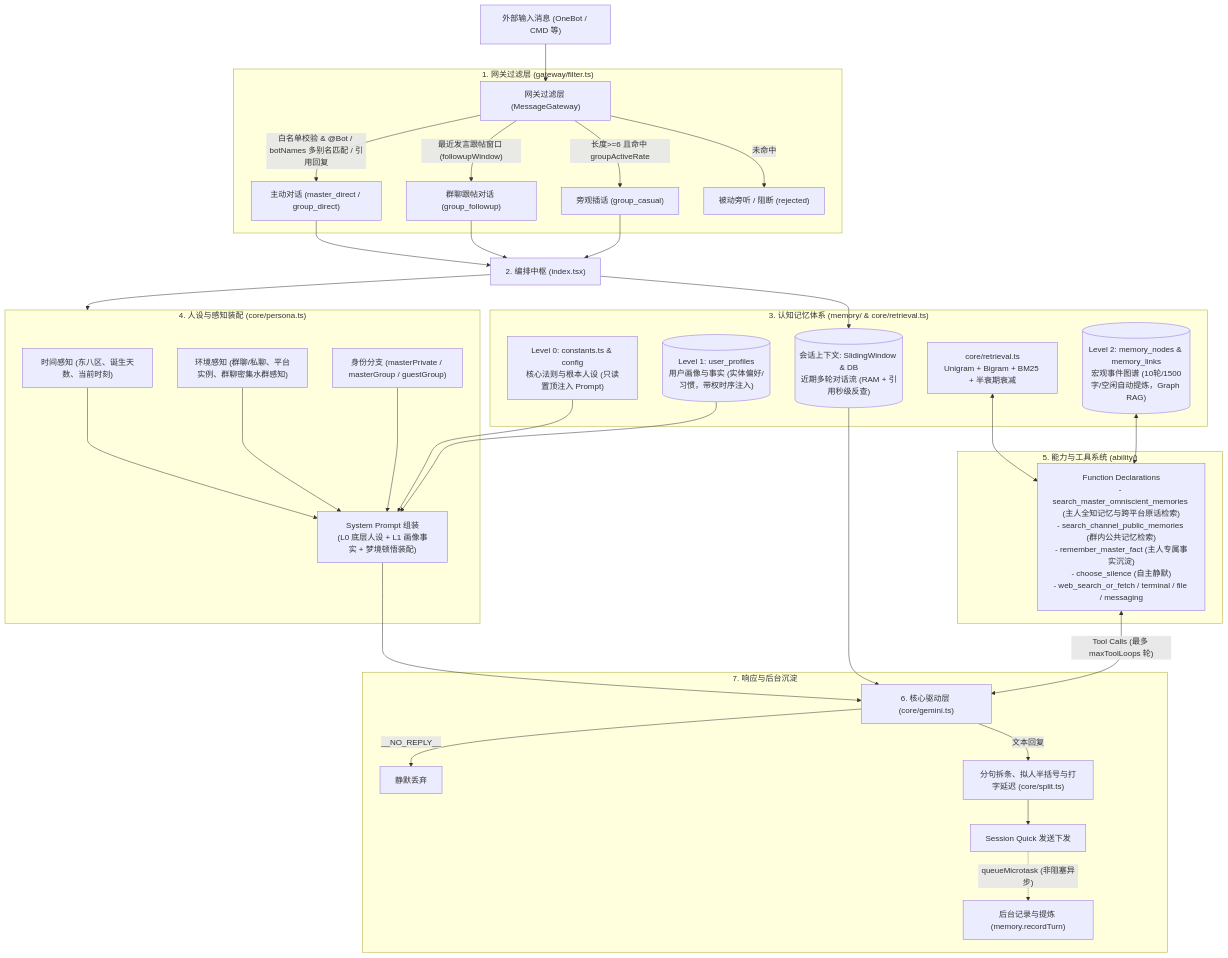
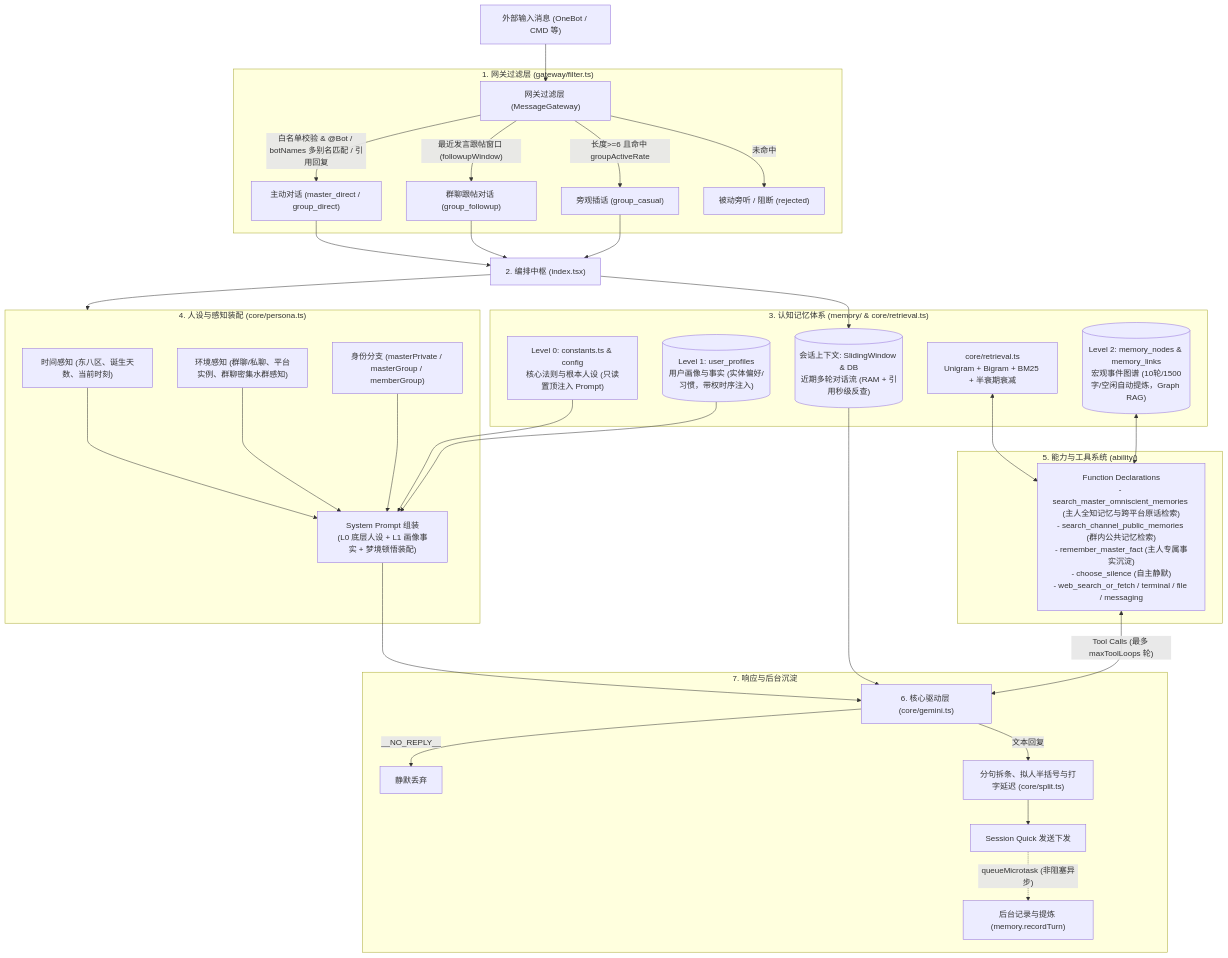
Before and after one commit to biyuehu/animaone: the diagram in modules/chat-ai/README.md, drawn with Mermaid. The commit also changed other lines of this file and 2 other files, not shown here.

Commit message:
docs: update TODOs and replace guestGroup with memberGroup in docs

````diff
--- a/modules/chat-ai/README.md
+++ b/modules/chat-ai/README.md
@@ -9,56 +9,56 @@
 ```mermaid
 flowchart TD
     Msg["外部输入消息 (OneBot / CMD 等)"] --> GW["网关过滤层 (MessageGateway)"]
 
     subgraph Gateway["1. 网关过滤层 (gateway/filter.ts)"]
         GW -->|"白名单校验 & @Bot / botNames 多别名匹配 / 引用回复"| Direct["主动对话 (master_direct / group_direct)"]
         GW -->|"最近发言跟帖窗口 (followupWindow)"| Followup["群聊跟帖对话 (group_followup)"]
         GW -->|"长度>=6 且命中 groupActiveRate"| Casual["旁观插话 (group_casual)"]
         GW -->|"未命中"| Reject["被动旁听 / 阻断 (rejected)"]
     end
 
     Direct --> Core["2. 编排中枢 (index.tsx)"]
     Followup --> Core
     Casual --> Core
 
     subgraph MemoryLayer["3. 认知记忆体系 (memory/ & core/retrieval.ts)"]
         L0["Level 0: constants.ts & config<br/>核心法则与根本人设 (只读置顶注入 Prompt)"]
         L1[("Level 1: user_profiles<br/>用户画像与事实 (实体偏好/习惯，带权时序注入)")]
         L2[("Level 2: memory_nodes & memory_links<br/>宏观事件图谱 (10轮/1500字/空闲自动提炼，Graph RAG)")]
         SessionContext[("会话上下文: SlidingWindow & DB<br/>近期多轮对话流 (RAM + 引用秒级反查)")]
         BM25["core/retrieval.ts<br/>Unigram + Bigram + BM25 + 半衰期衰减"]
     end
 
     subgraph Persona["4. 人设与感知装配 (core/persona.ts)"]
         SysTime["时间感知 (东八区、诞生天数、当前时刻)"]
         Env["环境感知 (群聊/私聊、平台实例、群聊密集水群感知)"]
-        Identity["身份分支 (masterPrivate / masterGroup / guestGroup)"]
+        Identity["身份分支 (masterPrivate / masterGroup / memberGroup)"]
         Prompt["System Prompt 组装<br/>(L0 底层人设 + L1 画像事实 + 梦境顿悟装配)"]
 
         SysTime --> Prompt
         Env --> Prompt
         Identity --> Prompt
         L0 --> Prompt
         L1 --> Prompt
     end
 
     Core --> Persona
     Core --> SessionContext
 
     subgraph Ability["5. 能力与工具系统 (ability/)"]
         Tools["Function Declarations<br/>- search_master_omniscient_memories (主人全知记忆与跨平台原话检索)<br/>- search_channel_public_memories (群内公共记忆检索)<br/>- remember_master_fact (主人专属事实沉淀)<br/>- choose_silence (自主静默)<br/>- web_search_or_fetch / terminal / file / messaging"]
     end
 
     Prompt --> Gemini["6. 核心驱动层 (core/gemini.ts)"]
     SessionContext --> Gemini
     Tools <-->|"Tool Calls (最多 maxToolLoops 轮)"| Gemini
     BM25 <--> Tools
     L2 <--> Tools
 
     subgraph Output["7. 响应与后台沉淀"]
         Gemini -->|"__NO_REPLY__"| Drop["静默丢弃"]
         Gemini -->|"文本回复"| Split["分句拆条、拟人半括号与打字延迟 (core/split.ts)"]
         Split --> Session["Session Quick 发送下发"]
         Session -.->|"queueMicrotask (非阻塞异步)"| Record["后台记录与提炼 (memory.recordTurn)"]
     end
 ```
````
